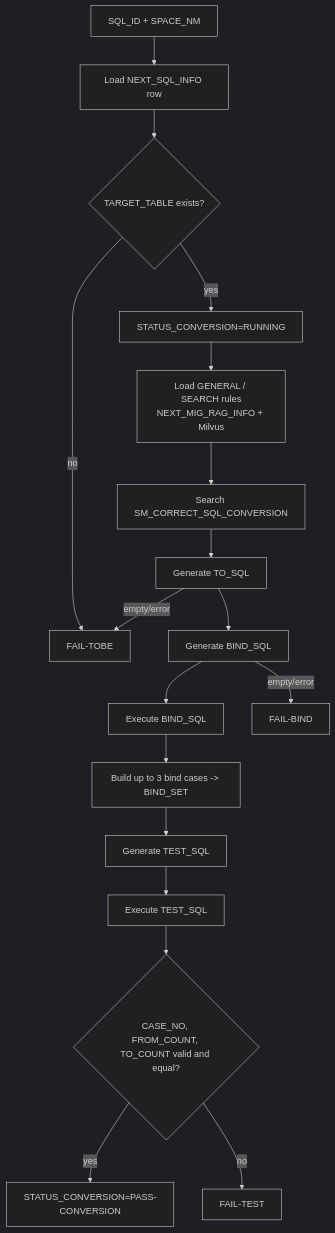
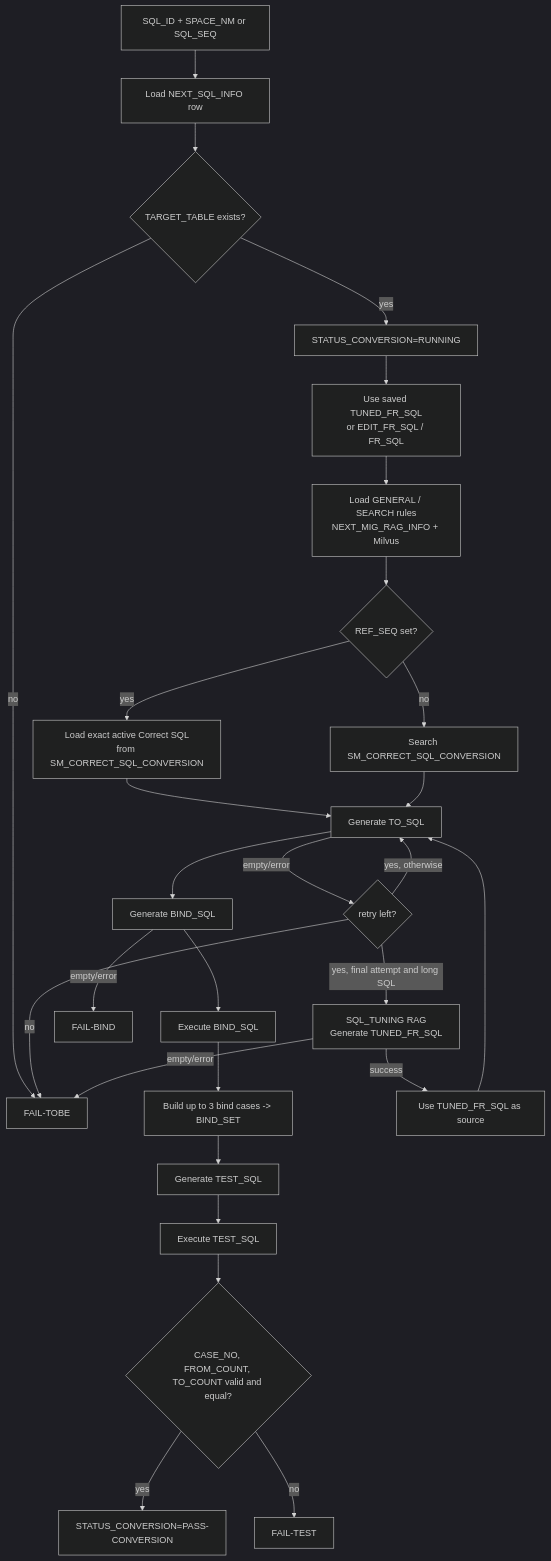
The fifth of 11 diagrams in smartMigrate_2.0_Langflow/00_guide/00_architecture_chapter4_domain_executors.md (seongikjin227-jpg/refactoring_smartMigrate), drawn with Mermaid (dark theme) before and after one commit. The commit also changed other lines of this file and 17 other files, not shown here.

Commit message:
feat : sql_seq 추가 및 chat history 구조 추가

````diff
--- a/smartMigrate_2.0_Langflow/00_guide/00_architecture_chapter4_domain_executors.md
+++ b/smartMigrate_2.0_Langflow/00_guide/00_architecture_chapter4_domain_executors.md
@@ -109,20 +144,30 @@
 ```mermaid
 flowchart TD
-    J[SQL_ID + SPACE_NM] --> LOAD[Load NEXT_SQL_INFO row]
+    J[SQL_ID + SPACE_NM or SQL_SEQ] --> LOAD[Load NEXT_SQL_INFO row]
     LOAD --> CHECK{TARGET_TABLE exists?}
     CHECK -->|no| FTOBE[FAIL-TOBE]
     CHECK -->|yes| RUN[STATUS_CONVERSION=RUNNING]
-    RUN --> RAG[Load GENERAL / SEARCH rules<br/>NEXT_MIG_RAG_INFO + Milvus]
-    RAG --> HINT[Search SM_CORRECT_SQL_CONVERSION]
+    RUN --> SOURCE[Use saved TUNED_FR_SQL<br/>or EDIT_FR_SQL / FR_SQL]
+    SOURCE --> RAG[Load GENERAL / SEARCH rules<br/>NEXT_MIG_RAG_INFO + Milvus]
+    RAG --> REF{REF_SEQ set?}
+    REF -->|yes| EXACT[Load exact active Correct SQL<br/>from SM_CORRECT_SQL_CONVERSION]
+    REF -->|no| HINT[Search SM_CORRECT_SQL_CONVERSION]
+    EXACT --> TOBE
     HINT --> TOBE[Generate TO_SQL]
     TOBE --> BIND[Generate BIND_SQL]
     BIND --> EXBIND[Execute BIND_SQL]
     EXBIND --> SET[Build up to 3 bind cases -> BIND_SET]
     SET --> TEST[Generate TEST_SQL]
     TEST --> EXTEST[Execute TEST_SQL]
     EXTEST --> VAL{CASE_NO, FROM_COUNT, TO_COUNT valid and equal?}
     VAL -->|yes| PASS[STATUS_CONVERSION=PASS-CONVERSION]
     VAL -->|no| FTEST[FAIL-TEST]
-    TOBE -->|empty/error| FTOBE
+    TOBE -->|empty/error| RETRY{retry left?}
+    RETRY -->|no| FTOBE
+    RETRY -->|yes, final attempt and long SQL| TUNEFR[SQL_TUNING RAG<br/>Generate TUNED_FR_SQL]
+    TUNEFR -->|success| TUNEDSOURCE[Use TUNED_FR_SQL as source]
+    TUNEDSOURCE --> TOBE
+    TUNEFR -->|empty/error| FTOBE
+    RETRY -->|yes, otherwise| TOBE
     BIND -->|empty/error| FBIND[FAIL-BIND]
 ```
````
